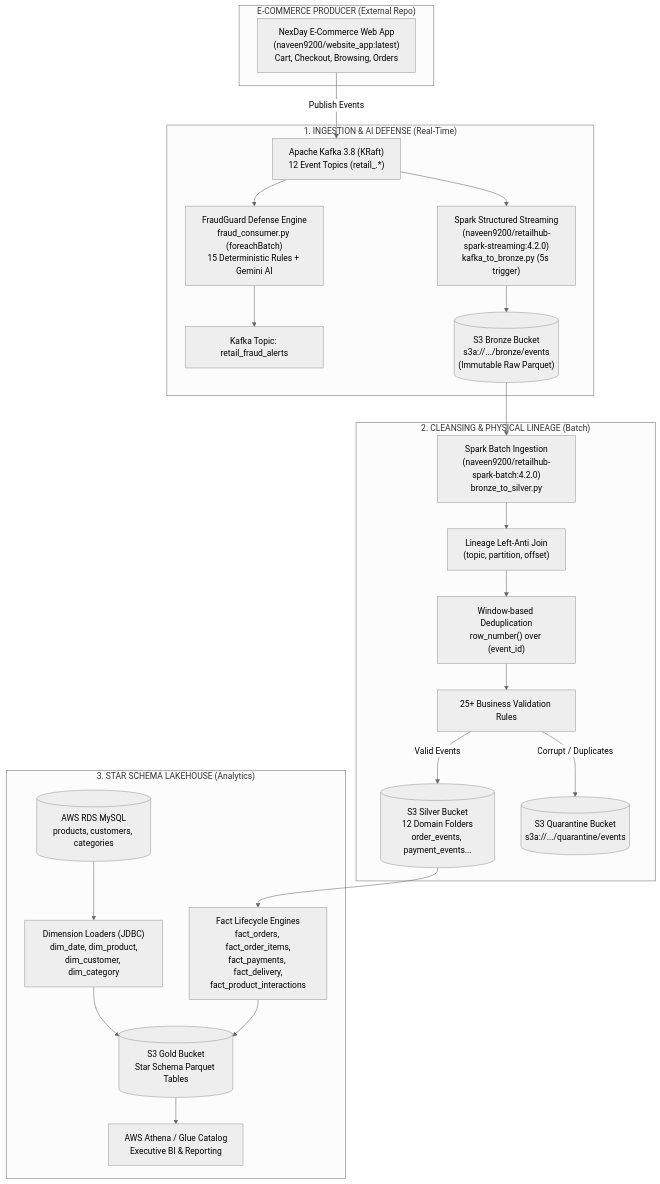
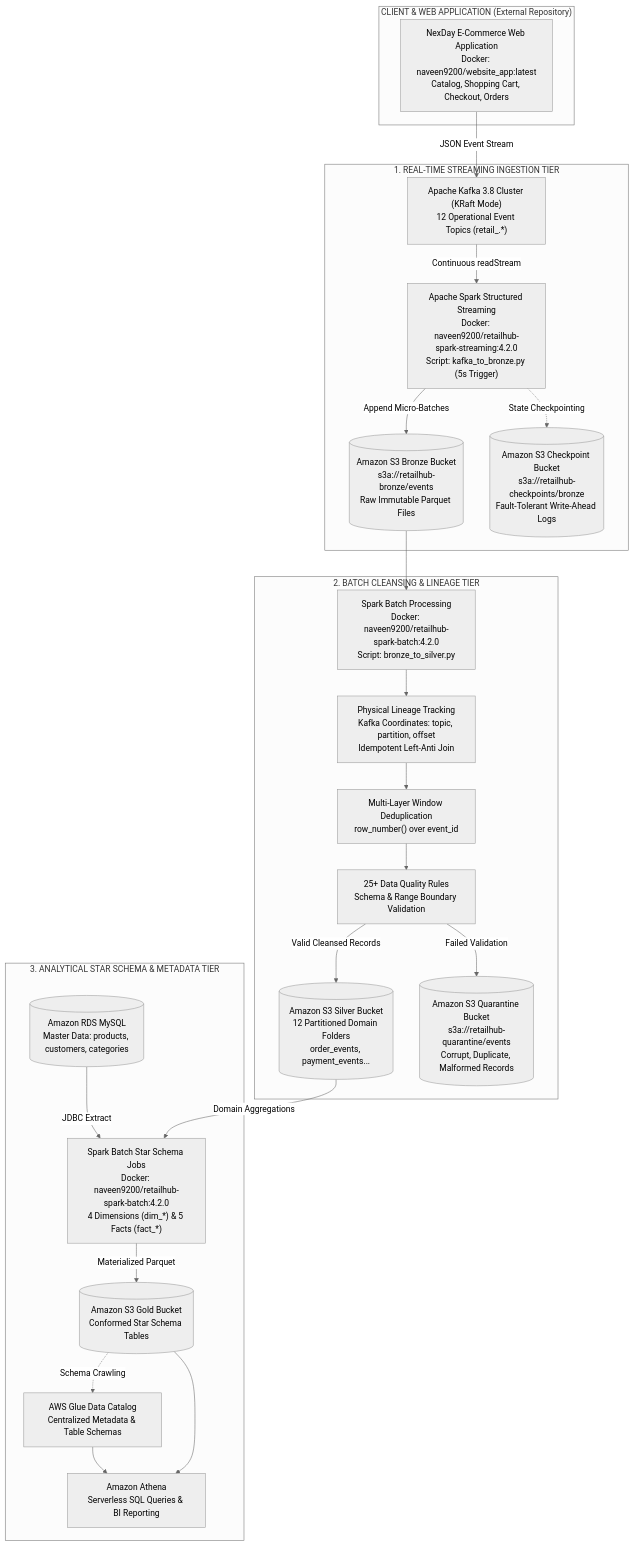
Before and after one commit to naveenkumark2830-spec/Retailhub-ETL: the diagram in README.md, drawn with Mermaid (neutral theme). The commit also changed other lines of this file, not shown here.

````diff
--- a/README.md
+++ b/README.md
@@ -40,43 +48,47 @@
 ```mermaid
 flowchart TD
-    subgraph Frontend["E-COMMERCE PRODUCER (External Repo)"]
-        WEB["NexDay E-Commerce Web App<br/>(naveen9200/website_app:latest)<br/>Cart, Checkout, Browsing, Orders"]
+    subgraph ClientTier["CLIENT & WEB APPLICATION (External Repository)"]
+        WEB["NexDay E-Commerce Web Application<br/>Docker: naveen9200/website_app:latest<br/>Catalog, Shopping Cart, Checkout, Orders"]
     end
 
-    subgraph Streaming["1. INGESTION & AI DEFENSE (Real-Time)"]
-        KAFKA["Apache Kafka 3.8 (KRaft)<br/>12 Event Topics (retail_.*)"]
-        STREAM["Spark Structured Streaming<br/>(naveen9200/retailhub-spark-streaming:4.2.0)<br/>kafka_to_bronze.py (5s trigger)"]
-        FG["FraudGuard Defense Engine<br/>fraud_consumer.py (foreachBatch)<br/>15 Deterministic Rules + Gemini AI"]
-        ALERTS["Kafka Topic: retail_fraud_alerts"]
-        BRONZE[("S3 Bronze Bucket<br/>s3a://.../bronze/events<br/>(Immutable Raw Parquet)")]
+    subgraph StreamingTier["1. REAL-TIME STREAMING INGESTION TIER"]
+        KAFKA["Apache Kafka 3.8 Cluster (KRaft Mode)<br/>12 Operational Event Topics (retail_.*)"]
+        SPARK_STREAM["Apache Spark Structured Streaming<br/>Docker: naveen9200/retailhub-spark-streaming:4.2.0<br/>Script: kafka_to_bronze.py (5s Trigger)"]
+        BRONZE_S3[("Amazon S3 Bronze Bucket<br/>s3a://retailhub-bronze/events<br/>Raw Immutable Parquet Files")]
+        CHECKPOINT_S3[("Amazon S3 Checkpoint Bucket<br/>s3a://retailhub-checkpoints/bronze<br/>Fault-Tolerant Write-Ahead Logs")]
 
-        WEB -->|Publish Events| KAFKA
-        KAFKA --> STREAM --> BRONZE
-        KAFKA --> FG --> ALERTS
+        WEB -->|JSON Event Stream| KAFKA
+        KAFKA -->|Continuous readStream| SPARK_STREAM
+        SPARK_STREAM -->|Append Micro-Batches| BRONZE_S3
+        SPARK_STREAM -.->|State Checkpointing| CHECKPOINT_S3
     end
 
-    subgraph Silver["2. CLEANSING & PHYSICAL LINEAGE (Batch)"]
-        S_BATCH["Spark Batch Ingestion<br/>(naveen9200/retailhub-spark-batch:4.2.0)<br/>bronze_to_silver.py"]
-        L_JOIN["Lineage Left-Anti Join<br/>(topic, partition, offset)"]
-        DEDUP["Window-based Deduplication<br/>row_number() over (event_id)"]
-        DQ["25+ Business Validation Rules"]
-        SILVER_S3[("S3 Silver Bucket<br/>12 Domain Folders<br/>order_events, payment_events...")]
-        QUAR_S3[("S3 Quarantine Bucket<br/>s3a://.../quarantine/events")]
+    subgraph SilverTier["2. BATCH CLEANSING & LINEAGE TIER"]
+        SPARK_SILVER["Spark Batch Processing<br/>Docker: naveen9200/retailhub-spark-batch:4.2.0<br/>Script: bronze_to_silver.py"]
+        LINEAGE["Physical Lineage Tracking<br/>Kafka Coordinates: topic, partition, offset<br/>Idempotent Left-Anti Join"]
+        DEDUP["Multi-Layer Window Deduplication<br/>row_number() over event_id"]
+        VALIDATION["25+ Data Quality Rules<br/>Schema & Range Boundary Validation"]
+        SILVER_S3[("Amazon S3 Silver Bucket<br/>12 Partitioned Domain Folders<br/>order_events, payment_events...")]
+        QUARANTINE_S3[("Amazon S3 Quarantine Bucket<br/>s3a://retailhub-quarantine/events<br/>Corrupt, Duplicate, Malformed Records")]
 
-        BRONZE --> S_BATCH --> L_JOIN --> DEDUP --> DQ
-        DQ -->|Valid Events| SILVER_S3
-        DQ -->|Corrupt / Duplicates| QUAR_S3
+        BRONZE_S3 --> SPARK_SILVER
+        SPARK_SILVER --> LINEAGE --> DEDUP --> VALIDATION
+        VALIDATION -->|Valid Cleansed Records| SILVER_S3
+        VALIDATION -->|Failed Validation| QUARANTINE_S3
     end
 
-    subgraph Gold["3. STAR SCHEMA LAKEHOUSE (Analytics)"]
-        RDS[("AWS RDS MySQL<br/>products, customers, categories")]
-        DIMS["Dimension Loaders (JDBC)<br/>dim_date, dim_product,<br/>dim_customer, dim_category"]
-        FACTS["Fact Lifecycle Engines<br/>fact_orders, fact_order_items,<br/>fact_payments, fact_delivery,<br/>fact_product_interactions"]
-        GOLD_S3[("S3 Gold Bucket<br/>Star Schema Parquet Tables")]
-        ATHENA["AWS Athena / Glue Catalog<br/>Executive BI & Reporting"]
+    subgraph GoldTier["3. ANALYTICAL STAR SCHEMA & METADATA TIER"]
+        RDS_MYSQL[("Amazon RDS MySQL<br/>Master Data: products, customers, categories")]
+        SPARK_GOLD["Spark Batch Star Schema Jobs<br/>Docker: naveen9200/retailhub-spark-batch:4.2.0<br/>4 Dimensions (dim_*) & 5 Facts (fact_*)"]
+        GOLD_S3[("Amazon S3 Gold Bucket<br/>Conformed Star Schema Tables")]
+        GLUE_CATALOG["AWS Glue Data Catalog<br/>Centralized Metadata & Table Schemas"]
+        ATHENA["Amazon Athena<br/>Serverless SQL Queries & BI Reporting"]
 
-        RDS --> DIMS --> GOLD_S3
-        SILVER_S3 --> FACTS --> GOLD_S3
+        RDS_MYSQL -->|JDBC Extract| SPARK_GOLD
+        SILVER_S3 -->|Domain Aggregations| SPARK_GOLD
+        SPARK_GOLD -->|Materialized Parquet| GOLD_S3
+        GOLD_S3 -.->|Schema Crawling| GLUE_CATALOG
+        GLUE_CATALOG --> ATHENA
         GOLD_S3 --> ATHENA
     end
 ```
````
